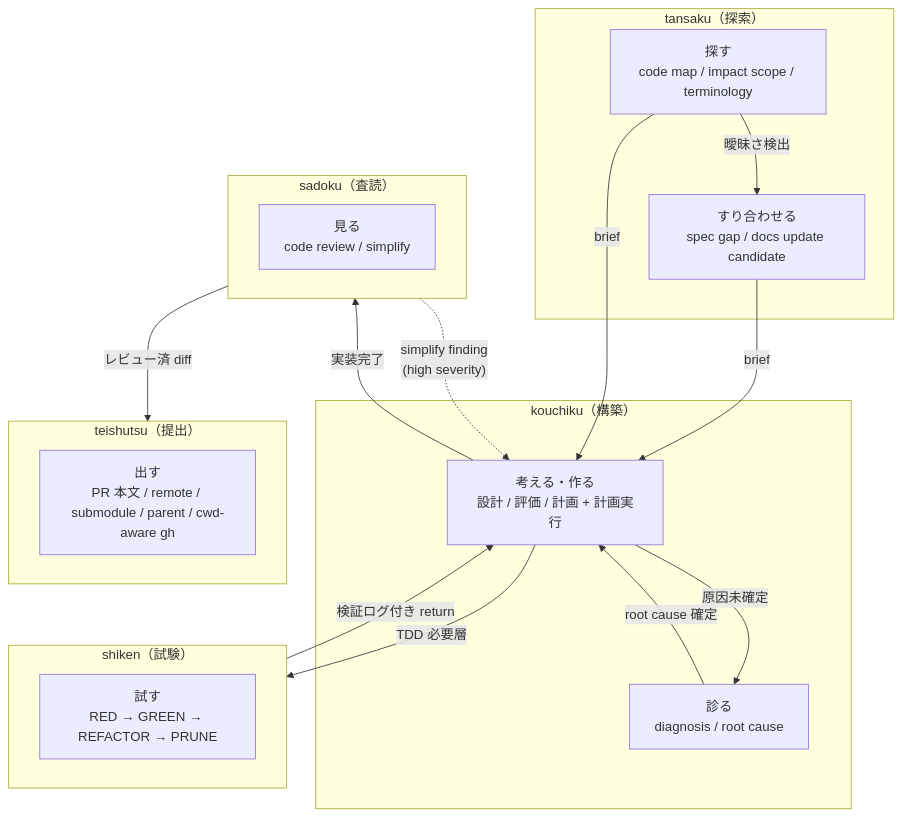
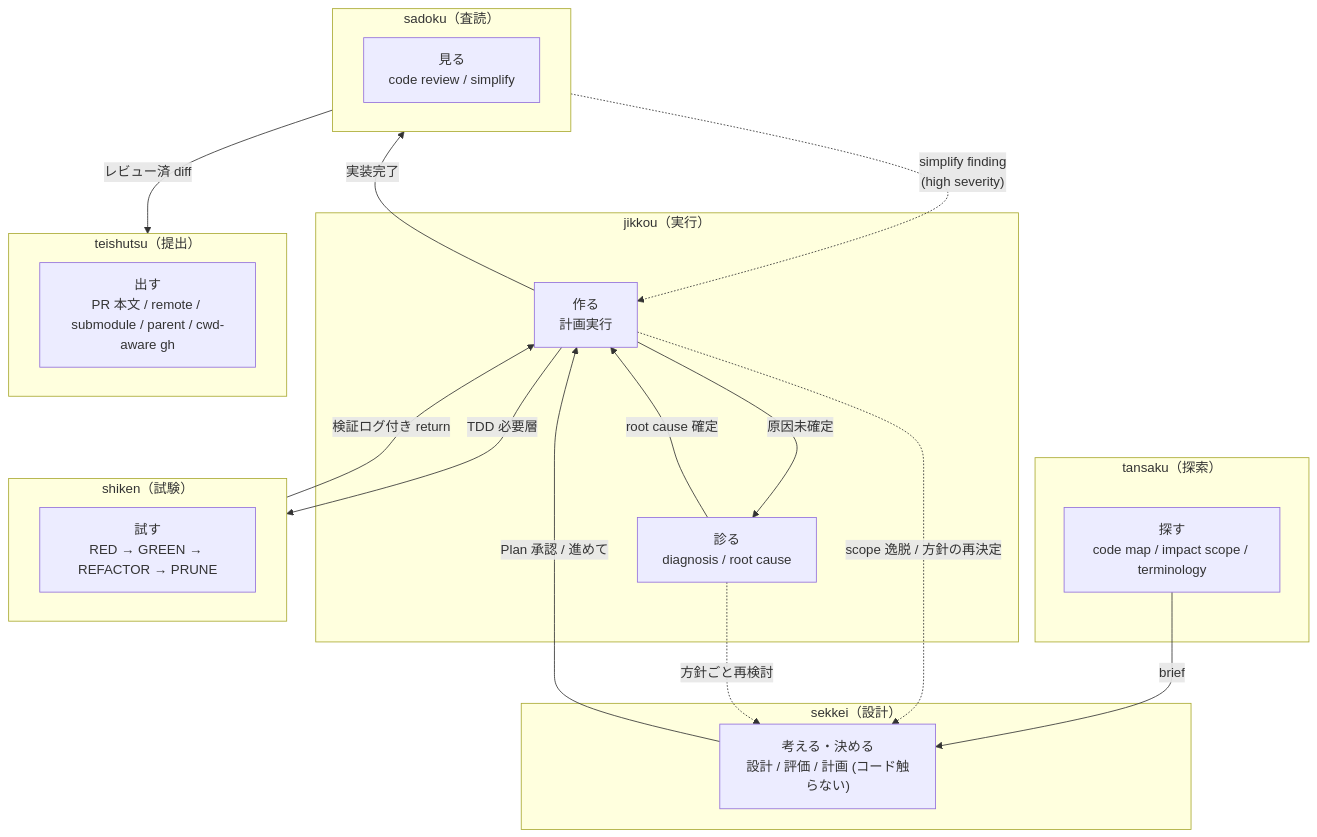
Before and after one commit to hayashiii-ghub/hikizan: the first of 6 diagrams in docs/workflow.md, drawn with Mermaid. The commit also changed other lines of this file and 24 other files, not shown here.

First line of the commit message:
skills: kouchiku を sekkei (設計) / jikkou (実行) に分割し suriawase を溶解する (#57)

````diff
--- a/docs/workflow.md
+++ b/docs/workflow.md
@@ -32,31 +32,34 @@
 ```mermaid
 flowchart TB
   subgraph EXPLORE["tansaku（探索）"]
     T["探す<br/>code map / impact scope / terminology"]
-    TS["すり合わせる<br/>spec gap / docs update candidate"]
   end
-  subgraph BUILD["kouchiku（構築）"]
-    K["考える・作る<br/>設計 / 評価 / 計画 + 計画実行"]
-    KD["診る<br/>diagnosis / root cause"]
+  subgraph DESIGN["sekkei（設計）"]
+    K["考える・決める<br/>設計 / 評価 / 計画 (コード触らない)"]
+  end
+  subgraph EXEC["jikkou（実行）"]
+    J["作る<br/>計画実行"]
+    JD["診る<br/>diagnosis / root cause"]
   end
   subgraph TEST["shiken（試験）"]
     S["試す<br/>RED → GREEN → REFACTOR → PRUNE"]
   end
   subgraph REVIEW["sadoku（査読）"]
     R["見る<br/>code review / simplify"]
   end
   subgraph SUBMIT["teishutsu（提出）"]
     M["出す<br/>PR 本文 / remote / submodule / parent / cwd-aware gh"]
   end
 
-  T -->|"曖昧さ検出"| TS
-  TS -->|"brief"| K
   T -->|"brief"| K
-  K -->|"原因未確定"| KD
-  KD -->|"root cause 確定"| K
-  K -->|"TDD 必要層"| TEST
-  TEST -->|"検証ログ付き return"| K
-  K -->|"実装完了"| REVIEW
-  REVIEW -.->|"simplify finding<br/>(high severity)"| K
+  K -->|"Plan 承認 / 進めて"| J
+  J -->|"原因未確定"| JD
+  JD -->|"root cause 確定"| J
+  J -.->|"scope 逸脱 / 方針の再決定"| K
+  JD -.->|"方針ごと再検討"| K
+  J -->|"TDD 必要層"| TEST
+  TEST -->|"検証ログ付き return"| J
+  J -->|"実装完了"| REVIEW
+  REVIEW -.->|"simplify finding<br/>(high severity)"| J
   REVIEW -->|"レビュー済 diff"| SUBMIT
 ```
````
